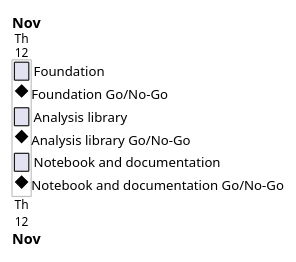
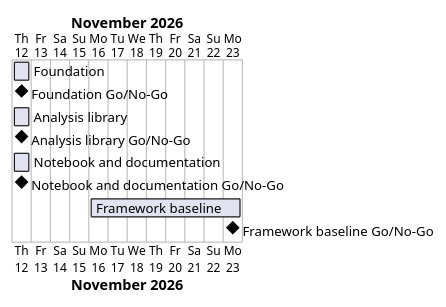
Before and after one commit to Tirsvad-Udemy-100-days-of-code/079-nobel-prize-analysis: the diagram in docs/project-plan.md, drawn with PlantUML. The commit also changed other lines of this file and 23 other files, not shown here.

First line of the commit message:
Bring the project to the framework baseline (MIL-004)

````diff
--- a/docs/project-plan.md
+++ b/docs/project-plan.md
@@ -38,11 +43,13 @@
 ```plantuml
 @startgantt
 Project starts 2026-11-12
 [Foundation] starts 2026-11-12 and ends 2026-11-12
 [Foundation Go/No-Go] happens 2026-11-12
 [Analysis library] starts 2026-11-12 and ends 2026-11-12
 [Analysis library Go/No-Go] happens 2026-11-12
 [Notebook and documentation] starts 2026-11-12 and ends 2026-11-12
 [Notebook and documentation Go/No-Go] happens 2026-11-12
+[Framework baseline] starts 2026-11-16 and ends 2026-11-23
+[Framework baseline Go/No-Go] happens 2026-11-23
 @endgantt
 ```
````
